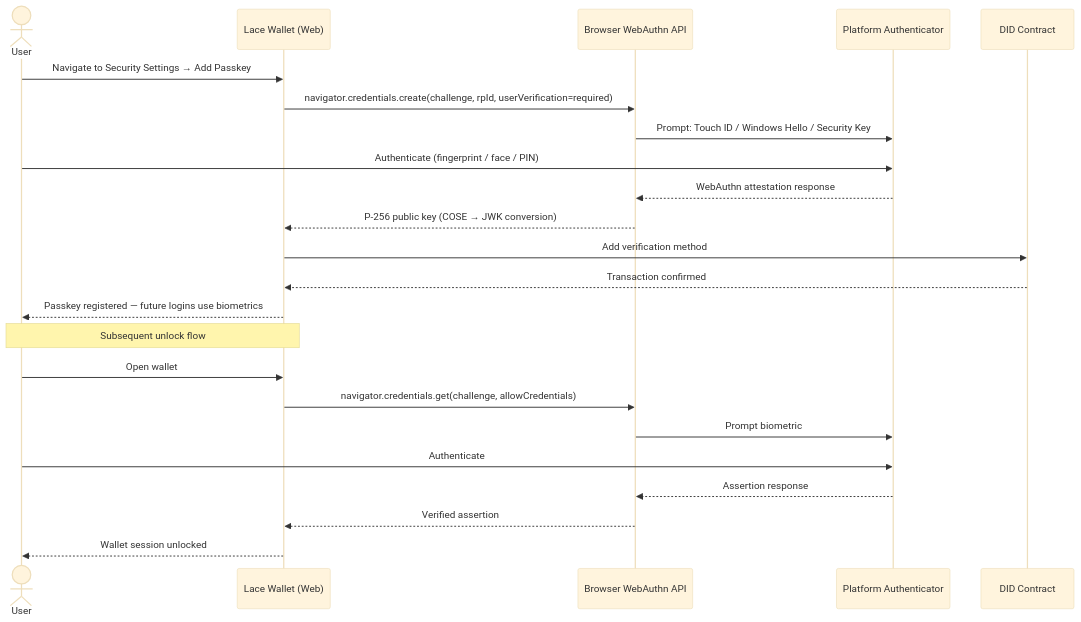
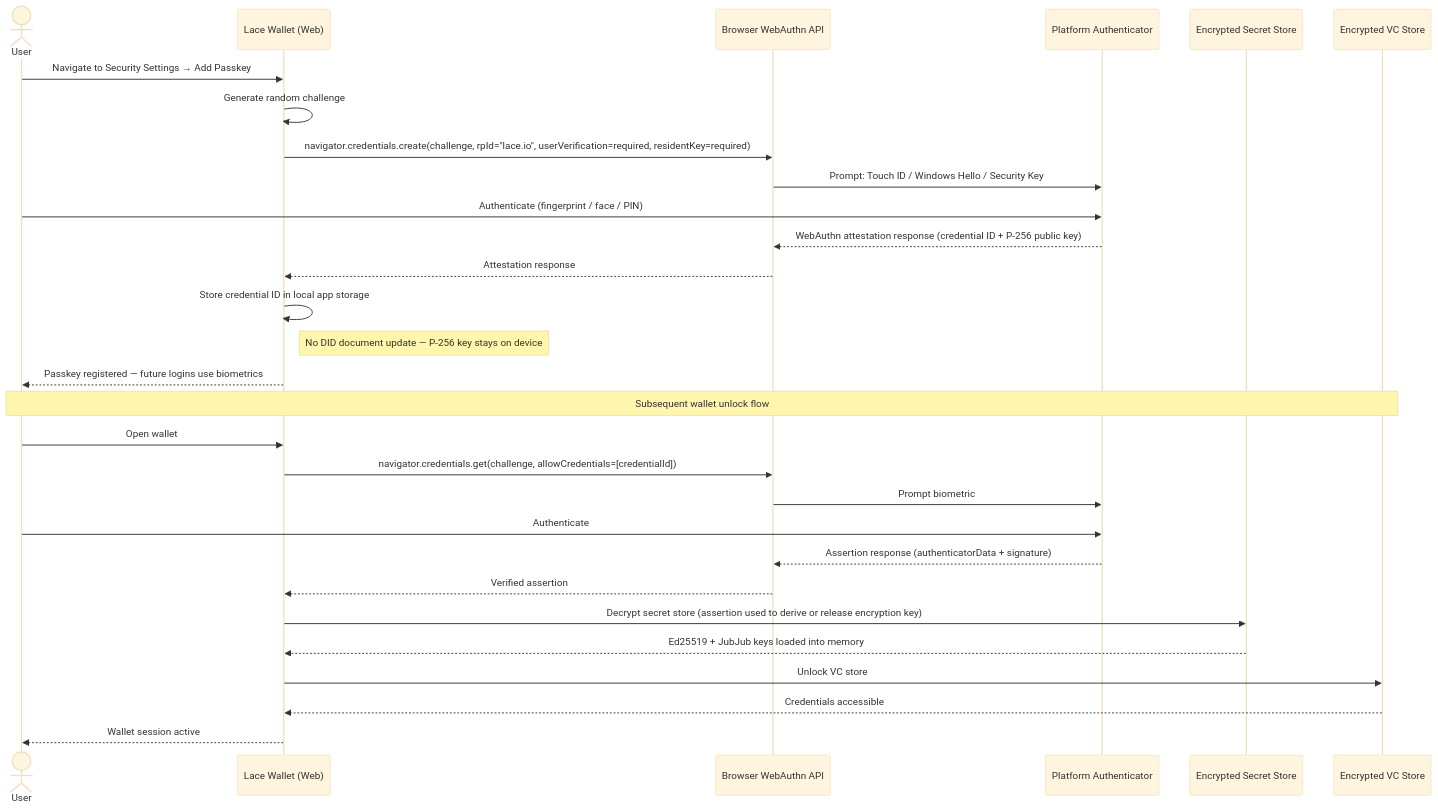
One commit to midnightntwrk/midnight-did changed the fifth of 15 diagrams in research/lace-wallet-midnight-dapp-brd-frd.md. Above: the diagram before and after it, drawn with Mermaid (base theme). The commit also changed other lines of this file, not shown here.

````diff
--- a/research/lace-wallet-midnight-dapp-brd-frd.md
+++ b/research/lace-wallet-midnight-dapp-brd-frd.md
@@ -301,27 +308,33 @@
 ```mermaid
 sequenceDiagram
     actor User
     participant Wallet as Lace Wallet (Web)
     participant Browser as Browser WebAuthn API
     participant Biometric as Platform Authenticator
-    participant DIDContract as DID Contract
+    participant SecretStore as Encrypted Secret Store
+    participant VCStore as Encrypted VC Store
 
     User->>Wallet: Navigate to Security Settings → Add Passkey
-    Wallet->>Browser: navigator.credentials.create(challenge, rpId, userVerification=required)
+    Wallet->>Wallet: Generate random challenge
+    Wallet->>Browser: navigator.credentials.create(challenge, rpId="lace.io", userVerification=required, residentKey=required)
     Browser->>Biometric: Prompt: Touch ID / Windows Hello / Security Key
     User->>Biometric: Authenticate (fingerprint / face / PIN)
-    Biometric-->>Browser: WebAuthn attestation response
-    Browser-->>Wallet: P-256 public key (COSE → JWK conversion)
-    Wallet->>DIDContract: Add verification method #key-passkey (EC/P-256 JWK)
-    DIDContract-->>Wallet: Transaction confirmed
+    Biometric-->>Browser: WebAuthn attestation response (credential ID + P-256 public key)
+    Browser-->>Wallet: Attestation response
+    Wallet->>Wallet: Store credential ID in local app storage
+    Note right of Wallet: No DID document update — P-256 key stays on device
     Wallet-->>User: Passkey registered — future logins use biometrics
 
-    Note over User,Wallet: Subsequent unlock flow
+    Note over User,VCStore: Subsequent wallet unlock flow
     User->>Wallet: Open wallet
-    Wallet->>Browser: navigator.credentials.get(challenge, allowCredentials)
+    Wallet->>Browser: navigator.credentials.get(challenge, allowCredentials=[credentialId])
     Browser->>Biometric: Prompt biometric
     User->>Biometric: Authenticate
-    Biometric-->>Browser: Assertion response
+    Biometric-->>Browser: Assertion response (authenticatorData + signature)
     Browser-->>Wallet: Verified assertion
-    Wallet-->>User: Wallet session unlocked
+    Wallet->>SecretStore: Decrypt secret store (assertion used to derive or release encryption key)
+    SecretStore-->>Wallet: Ed25519 + JubJub keys loaded into memory
+    Wallet->>VCStore: Unlock VC store
+    VCStore-->>Wallet: Credentials accessible
+    Wallet-->>User: Wallet session active
 ```
````
